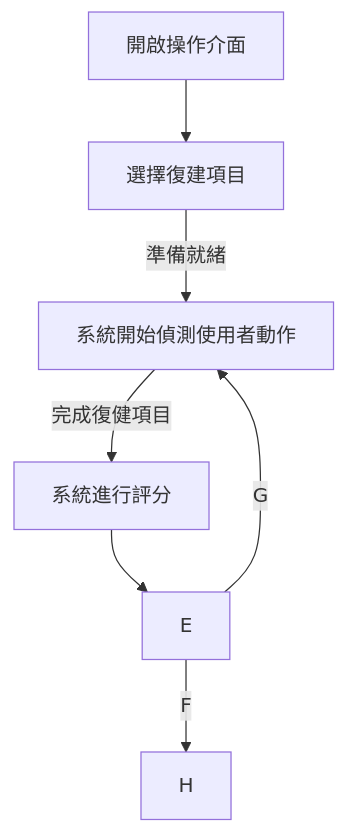
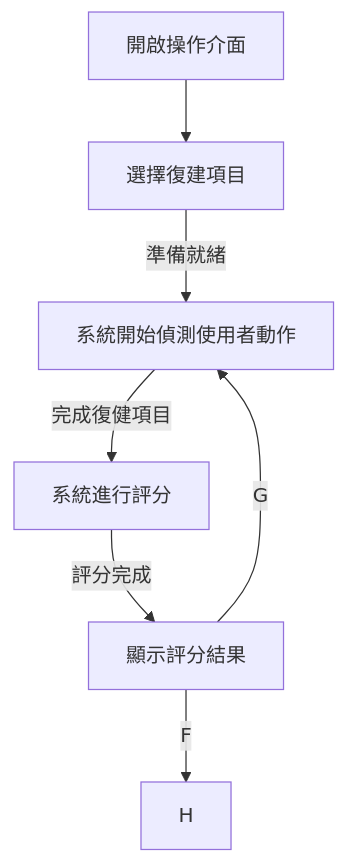
Before and after one commit to jamie-commander/Python_MediaPipe_Tk: the diagram in README.md, drawn with Mermaid.

````diff
--- a/README.md
+++ b/README.md
@@ -4,9 +4,9 @@
 ```mermaid
         graph TD
         Big_Data_Catch[開啟操作介面] --> Calc[選擇復建項目]
         Calc -- 準備就緒 --> Analysis[系統開始偵測使用者動作]
         Analysis -- 完成復健項目 --> feature[系統進行評分]
-        feature --> backtrader[E]
+        feature -- 評分完成 --> backtrader[顯示評分結果]
         backtrader -- F --> result[H]
         backtrader -- G --> Analysis
 ```
````
